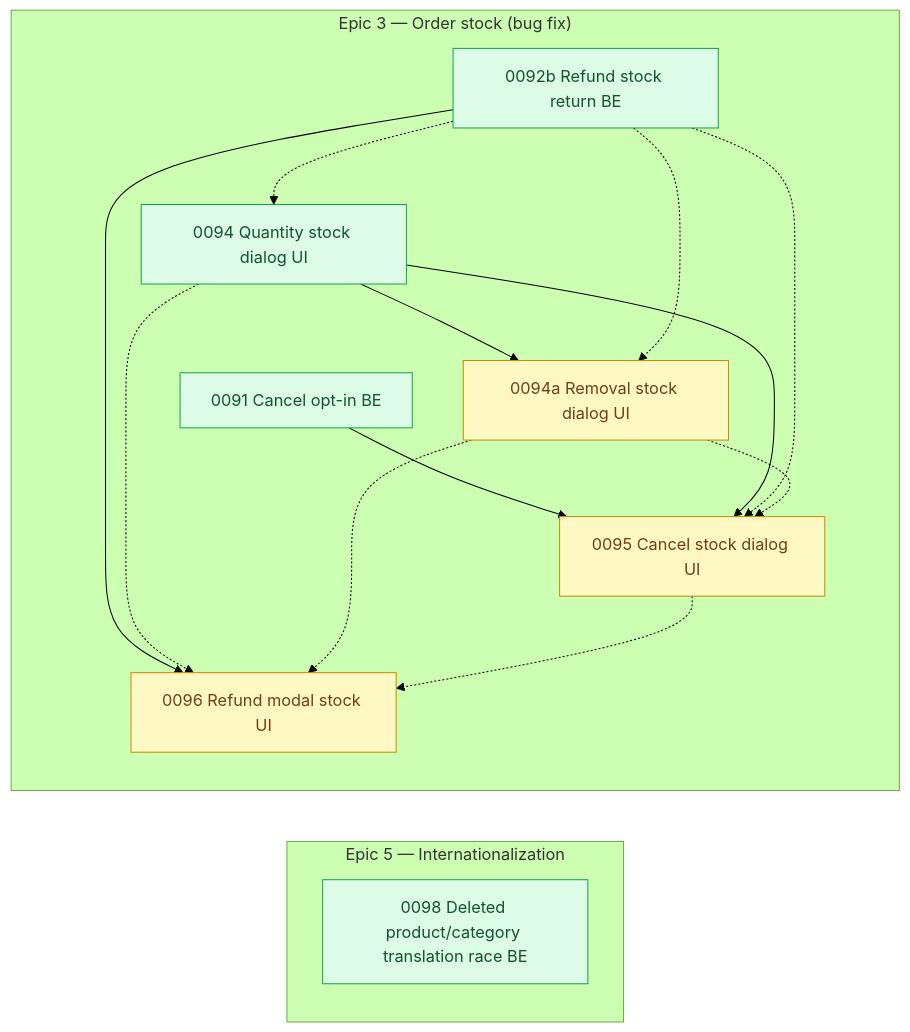
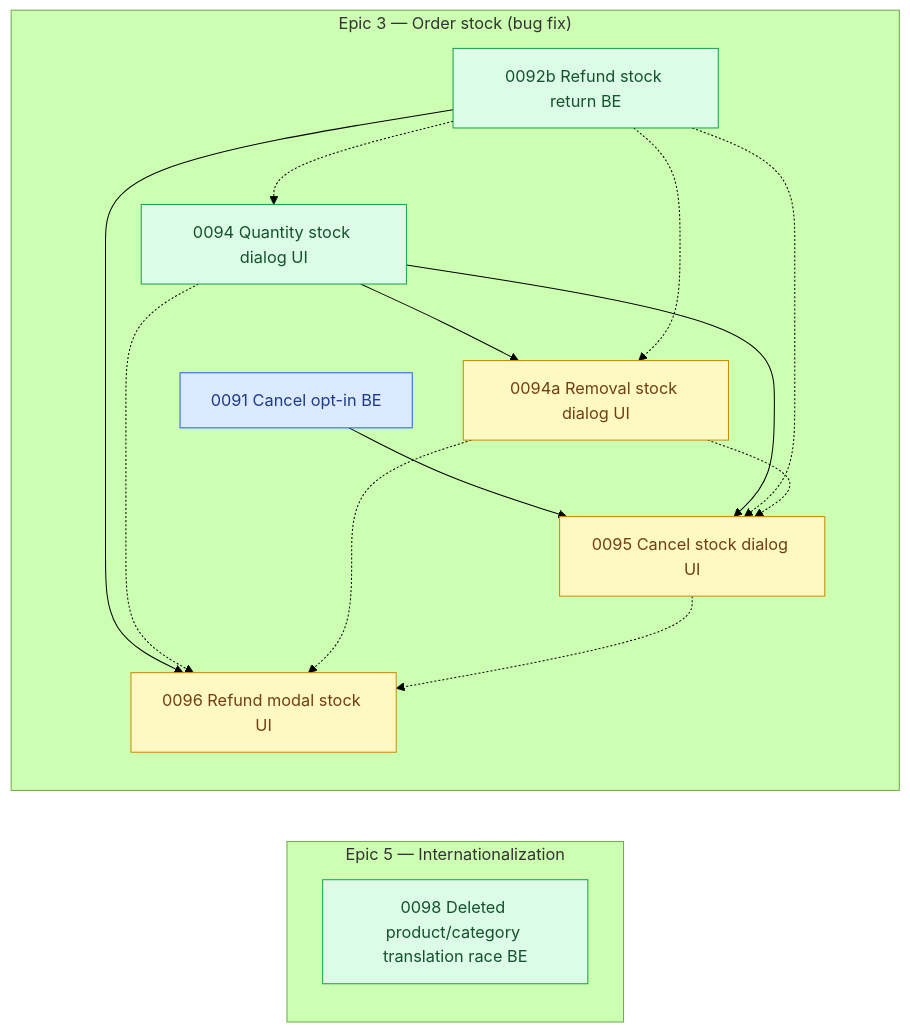
Before and after one commit to shojen/AI4Devs-finalproject: the diagram in arospe/ai-spec/tasks-map.md, drawn with Mermaid (forest theme). The commit also changed other lines of this file and 7 other files, not shown here.

```diff
--- a/arospe/ai-spec/tasks-map.md
+++ b/arospe/ai-spec/tasks-map.md
@@ -645,7 +647,8 @@
     P0094 -.-> P0096
     P0094a -.-> P0096
     P0095 -.-> P0096
-    class P0091,P0092b,P0094 ready;
+    class P0092b,P0094 ready;
+    class P0091 claimed;
     class P0094a,P0095,P0096 pending;
 
     %% Standalone (no PRD epic)
```
